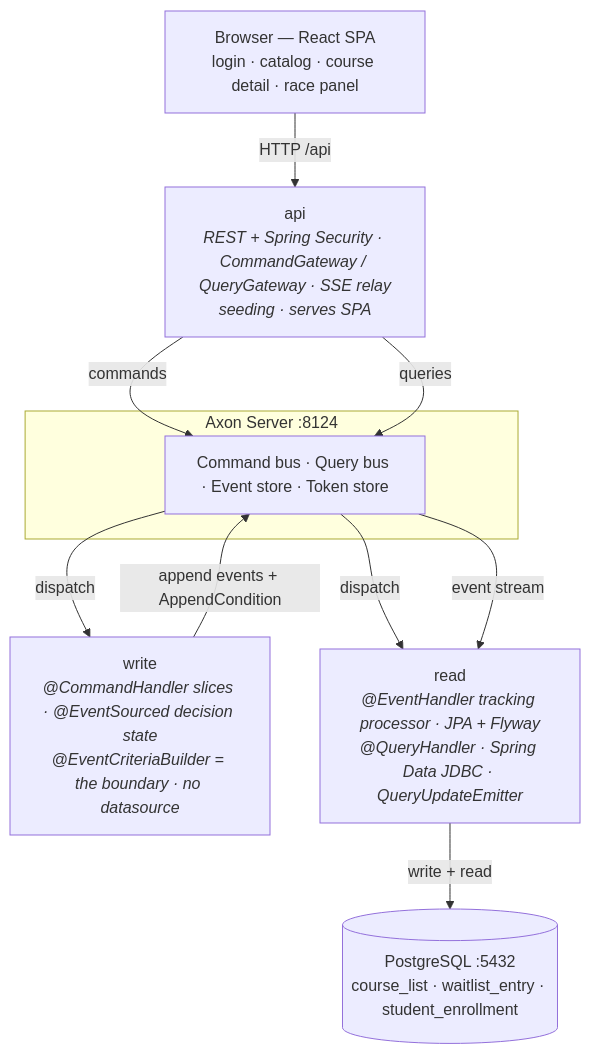
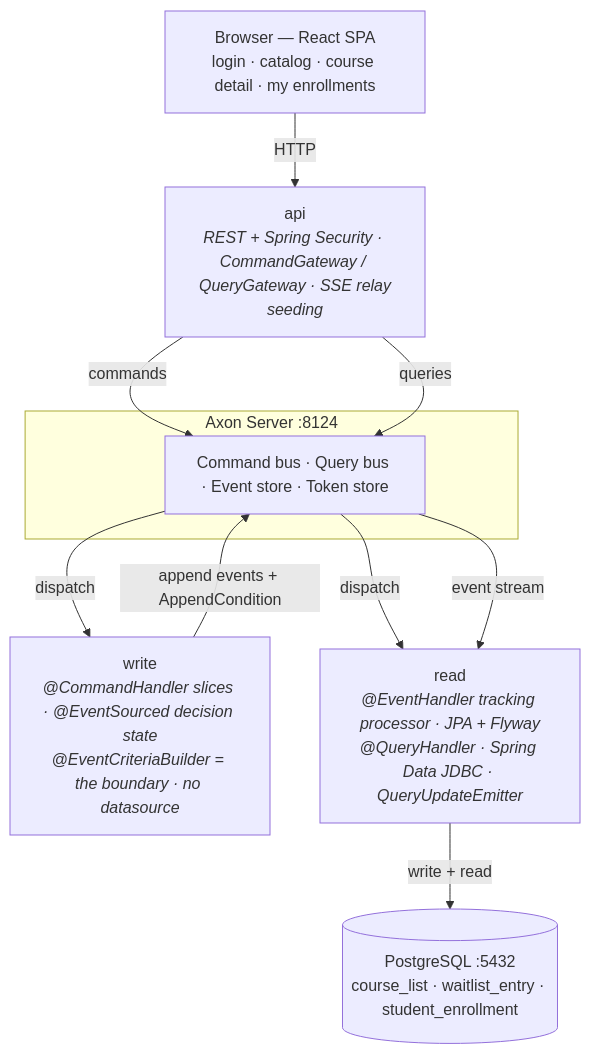
One commit to aanbrn/axon5-courses-gsd changed the first of 2 diagrams in .planning/research/ARCHITECTURE.md. Above: the diagram before and after it, drawn with Mermaid. The commit also changed other lines of this file and 179 other files, not shown here.

````diff
--- a/.planning/research/ARCHITECTURE.md
+++ b/.planning/research/ARCHITECTURE.md
@@ -15,22 +15,22 @@
 ```mermaid
 flowchart TB
-    BROWSER["Browser — React SPA<br/>login · catalog · course detail · race panel"]
-    GW["api<br/><i>REST + Spring Security · CommandGateway / QueryGateway · SSE relay<br/>seeding · serves SPA</i>"]
+    BROWSER["Browser — React SPA<br/>login · catalog · course detail · my enrollments"]
+    GW["api<br/><i>REST + Spring Security · CommandGateway / QueryGateway · SSE relay<br/>seeding</i>"]
 
     subgraph AXON["Axon Server :8124"]
         BUS["Command bus · Query bus · Event store · Token store"]
     end
 
     WRITE["write<br/><i>@CommandHandler slices · @EventSourced decision state<br/>@EventCriteriaBuilder = the boundary · no datasource</i>"]
     READ["read<br/><i>@EventHandler tracking processor · JPA + Flyway<br/>@QueryHandler · Spring Data JDBC · QueryUpdateEmitter</i>"]
     PG[("PostgreSQL :5432<br/>course_list · waitlist_entry · student_enrollment")]
 
-    BROWSER -->|"HTTP /api"| GW
+    BROWSER -->|"HTTP"| GW
     GW -->|"commands"| BUS
     GW -->|"queries"| BUS
     BUS -->|"dispatch"| WRITE
     BUS -->|"dispatch"| READ
     WRITE -->|"append events + AppendCondition"| BUS
     BUS -->|"event stream"| READ
     READ -->|"write + read"| PG
 ```
````
